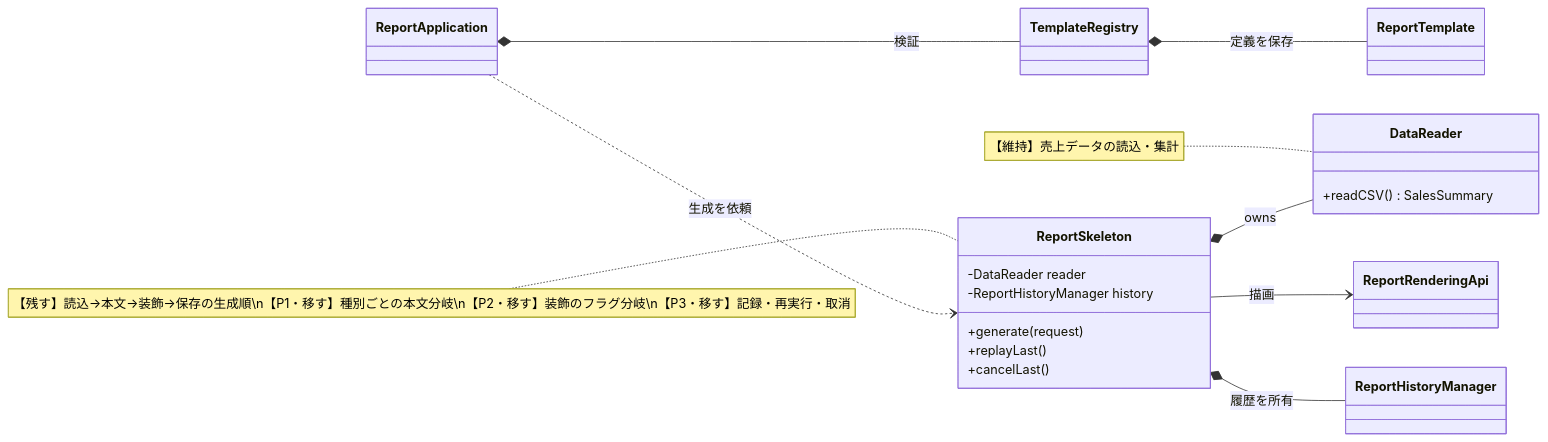
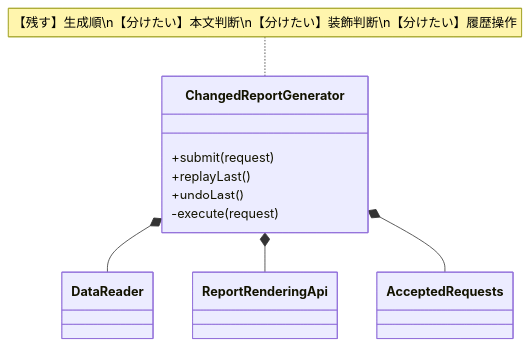
One commit to kumachan1101-pixel/DesignPattern changed the fifth of 12 diagrams in kindle/design-patterns/output/chapter11.md. Above: the diagram before and after it, drawn with Mermaid. The commit also changed other lines of this file and 23 other files, not shown here.

````diff
--- a/kindle/design-patterns/output/chapter11.md
+++ b/kindle/design-patterns/output/chapter11.md
@@ -1332,29 +754,22 @@
 ```mermaid
 classDiagram
-    direction LR
-    class ReportApplication
-    class TemplateRegistry
-    class ReportTemplate
-    class ReportSkeleton {
-        -DataReader reader
-        -ReportHistoryManager history
-        +generate(request)
+    direction TB
+    class ChangedReportGenerator {
+        +submit(request)
         +replayLast()
-        +cancelLast()
+        +undoLast()
+        -execute(request)
     }
-    class DataReader { +readCSV() SalesSummary }
+    class DataReader
     class ReportRenderingApi
-    class ReportHistoryManager
-    ReportApplication *-- TemplateRegistry : 検証
-    ReportApplication ..> ReportSkeleton : 生成を依頼
-    TemplateRegistry *-- ReportTemplate : 定義を保存
-    ReportSkeleton *-- DataReader : owns
-    ReportSkeleton --> ReportRenderingApi : 描画
-    ReportSkeleton *-- ReportHistoryManager : 履歴を所有
+    class AcceptedRequests
 
-    note for ReportSkeleton "【残す】読込→本文→装飾→保存の生成順\n【P1・移す】種別ごとの本文分岐\n【P2・移す】装飾のフラグ分岐\n【P3・移す】記録・再実行・取消"
-    note for DataReader "【維持】売上データの読込・集計"
+    ChangedReportGenerator *-- DataReader
+    ChangedReportGenerator *-- ReportRenderingApi
+    ChangedReportGenerator *-- AcceptedRequests
 
-    classDef focus fill:#FFF2CC,stroke:#D6B656,stroke-width:2px,color:#222222
-    cssClass "ReportSkeleton" focus
+    note for ChangedReportGenerator "【残す】生成順\n【分けたい】本文判断\n【分けたい】装飾判断\n【分けたい】履歴操作"
+
+    classDef focus fill:#FFF2CC,stroke:#D6B656,stroke-width:2px,color:#222
+    cssClass "ChangedReportGenerator" focus
 ```
````
